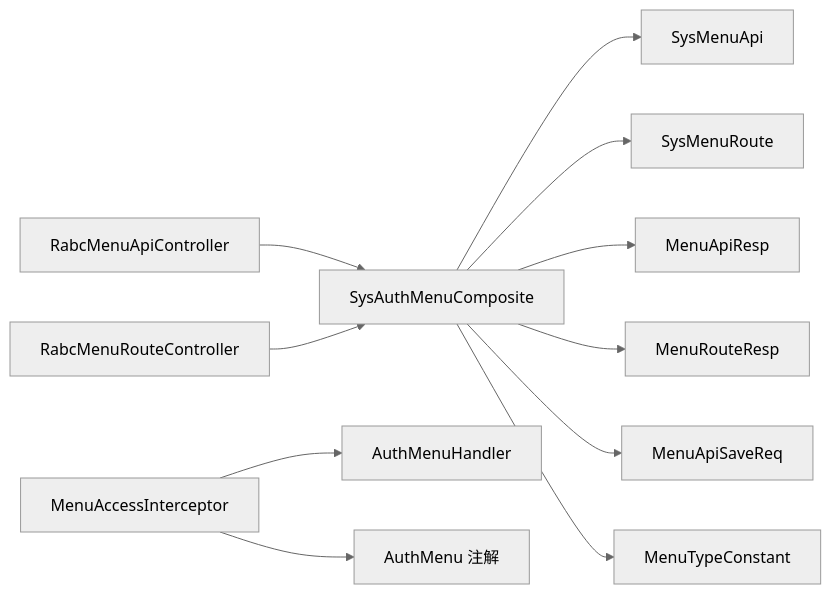
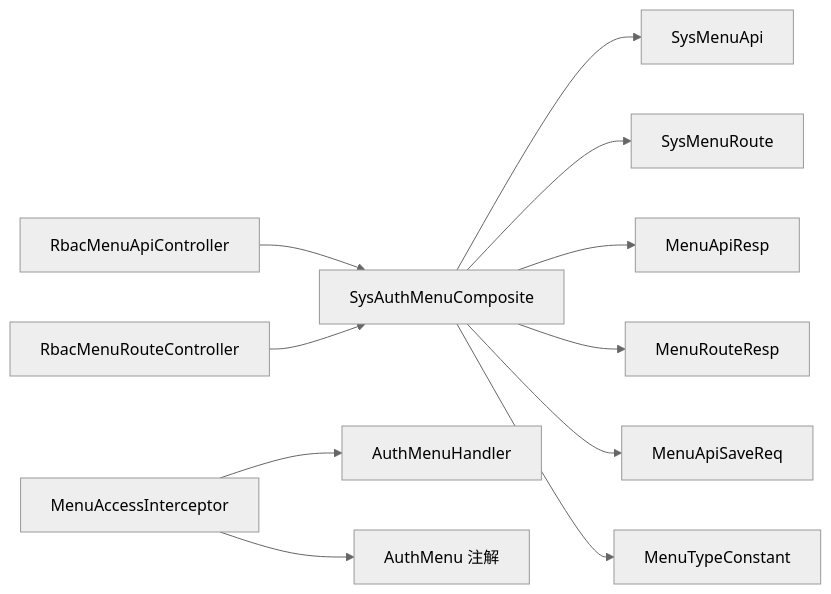
The sixth of 6 diagrams in .qoder/repowiki/zh/content/权限系统 (qy-auth)/RBAC实现 (auth-rbac)/菜单权限.md (LiukewenSC/kewen-framework), drawn with Mermaid (neutral theme) before and after one commit. The commit also changed other lines of this file and 764 other files, not shown here.

````diff
--- a/.qoder/repowiki/zh/content/权限系统 (qy-auth)/RBAC实现 (auth-rbac)/菜单权限.md
+++ b/.qoder/repowiki/zh/content/权限系统 (qy-auth)/RBAC实现 (auth-rbac)/菜单权限.md
@@ -314,13 +314,13 @@
 ```mermaid
 graph LR
-Ctrl1["RabcMenuApiController"] --> Composite["SysAuthMenuComposite"]
-Ctrl2["RabcMenuRouteController"] --> Composite
+Ctrl1["RbacMenuApiController"] --> Composite["SysAuthMenuComposite"]
+Ctrl2["RbacMenuRouteController"] --> Composite
 Interceptor["MenuAccessInterceptor"] --> Handler["AuthMenuHandler"]
 Interceptor --> AuthMenu["AuthMenu 注解"]
 Composite --> ApiEntity["SysMenuApi"]
 Composite --> RouteEntity["SysMenuRoute"]
 Composite --> ApiResp["MenuApiResp"]
 Composite --> RouteResp["MenuRouteResp"]
 Composite --> SaveReq["MenuApiSaveReq"]
 Composite --> TypeConst["MenuTypeConstant"]
 ```
````
